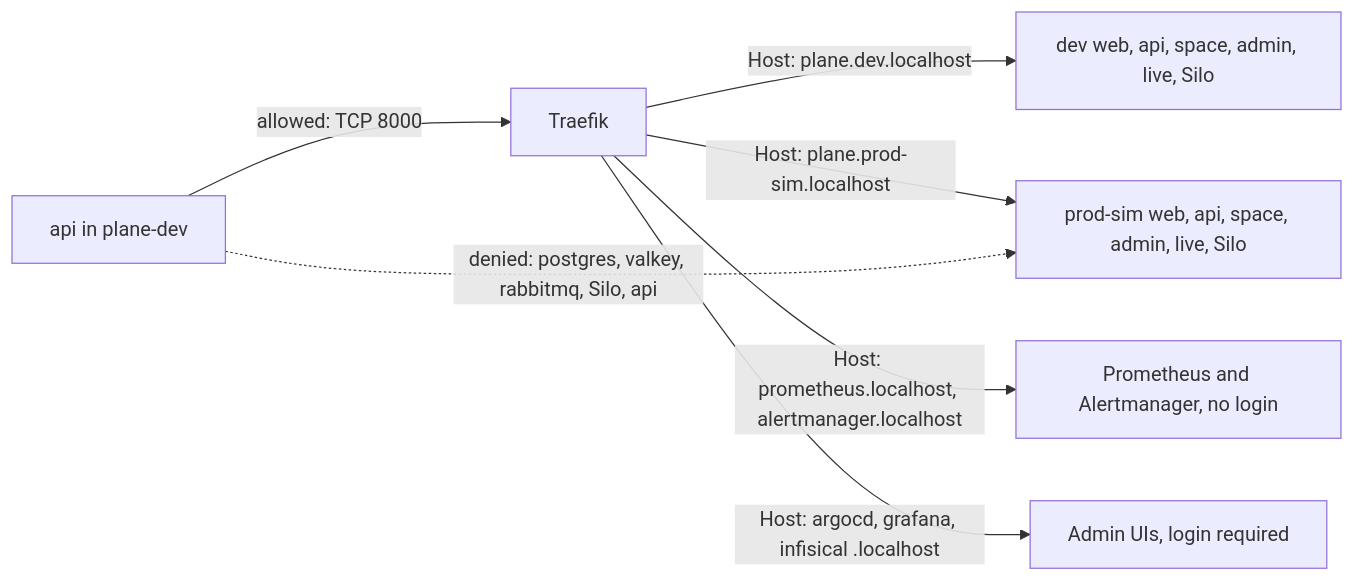
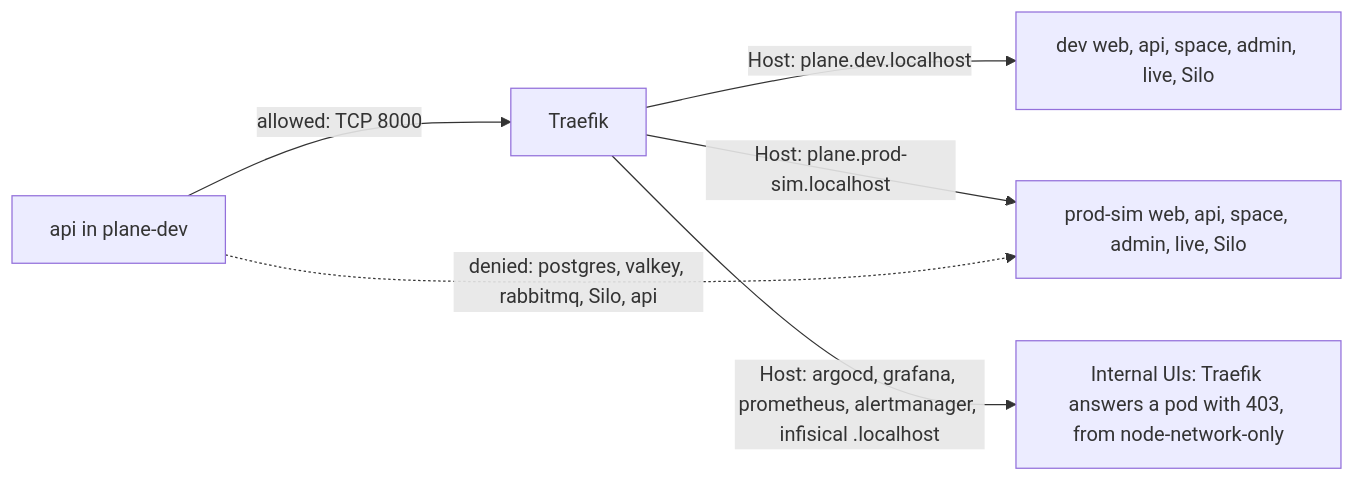
Before and after one commit to BereketAbera/plane-platform: the second of 2 diagrams in docs/environments.md, drawn with Mermaid. The commit also changed other lines of this file, not shown here.

Commit message:
docs(environments): record the separation attempts and their limits, the plane-dev check, the allow list on internal UIs, and quota numbers

````diff
--- a/docs/environments.md
+++ b/docs/environments.md
@@ -179,9 +208,8 @@
 ```mermaid
 flowchart LR
   devapi["api in plane-dev"] -->|"allowed: TCP 8000"| traefik["Traefik"]
   traefik -->|"Host: plane.dev.localhost"| devback["dev web, api, space, admin, live, Silo"]
   traefik -->|"Host: plane.prod-sim.localhost"| simback["prod-sim web, api, space, admin, live, Silo"]
-  traefik -->|"Host: prometheus.localhost, alertmanager.localhost"| mon["Prometheus and Alertmanager, no login"]
-  traefik -->|"Host: argocd, grafana, infisical .localhost"| uis["Admin UIs, login required"]
+  traefik -->|"Host: argocd, grafana, prometheus, alertmanager, infisical .localhost"| uis["Internal UIs: Traefik answers a pod with 403, from node-network-only"]
   devapi -.->|"denied: postgres, valkey, rabbitmq, Silo, api"| simback
 ```
````
